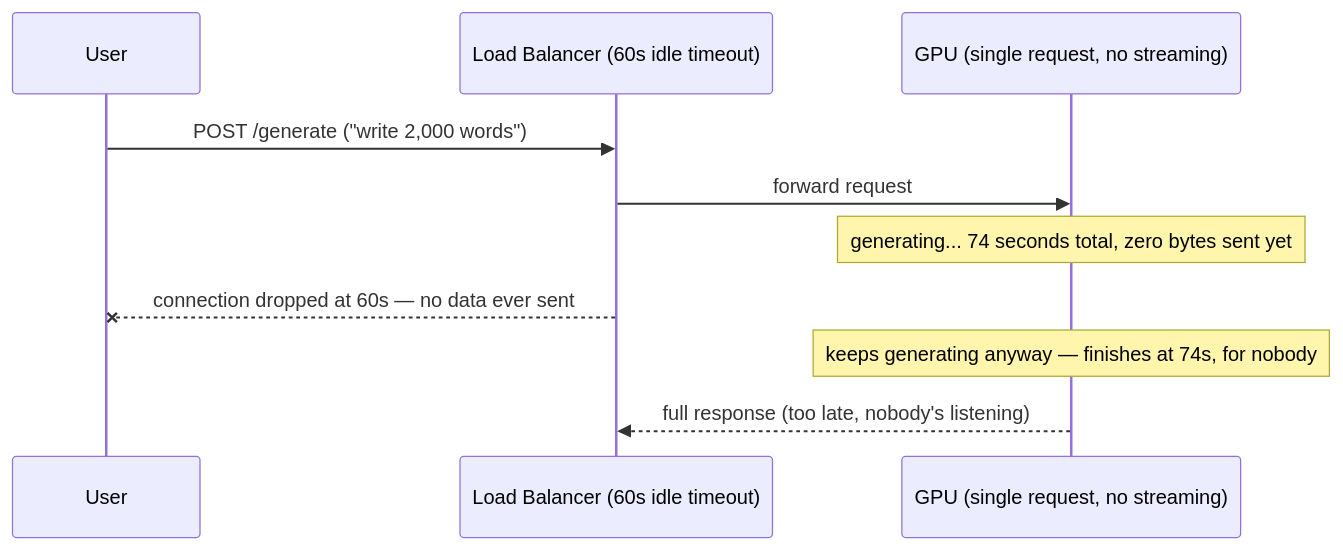
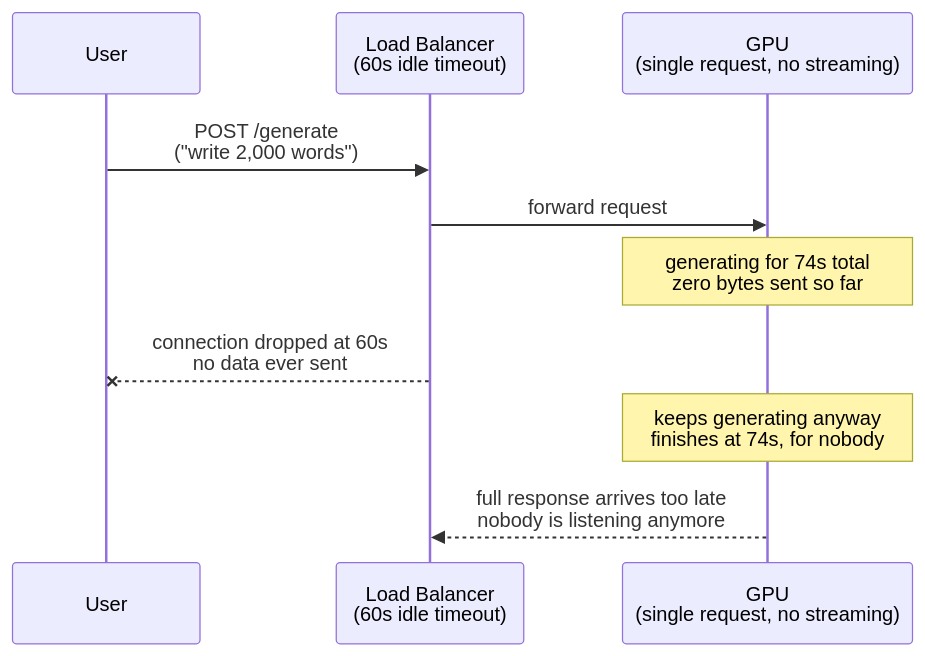
The first of 13 diagrams in system-design/HLD/0-course/42-Design-a-ChatGPT-System-FAANG-Guide-story.md (riyaz-pasha/Learnings), drawn with Mermaid before and after one commit. The commit also changed other lines of this file and 1 other file, not shown here.

Commit message:
[REWRITE] ChatGPT System story guide: simplify prose, add structure, fix diagrams

````diff
--- a/system-design/HLD/0-course/42-Design-a-ChatGPT-System-FAANG-Guide-story.md
+++ b/system-design/HLD/0-course/42-Design-a-ChatGPT-System-FAANG-Guide-story.md
@@ -17,13 +74,13 @@
 ```mermaid
 sequenceDiagram
     participant U as User
-    participant LB as Load Balancer (60s idle timeout)
-    participant GPU as GPU (single request, no streaming)
+    participant LB as Load Balancer<br/>(60s idle timeout)
+    participant GPU as GPU<br/>(single request, no streaming)
 
-    U->>LB: POST /generate ("write 2,000 words")
+    U->>LB: POST /generate<br/>("write 2,000 words")
     LB->>GPU: forward request
-    Note over GPU: generating... 74 seconds total, zero bytes sent yet
-    LB--xU: connection dropped at 60s — no data ever sent
-    Note over GPU: keeps generating anyway — finishes at 74s, for nobody
-    GPU-->>LB: full response (too late, nobody's listening)
+    Note over GPU: generating for 74s total<br/>zero bytes sent so far
+    LB--xU: connection dropped at 60s<br/>no data ever sent
+    Note over GPU: keeps generating anyway<br/>finishes at 74s, for nobody
+    GPU-->>LB: full response arrives too late<br/>nobody is listening anymore
 ```
````
